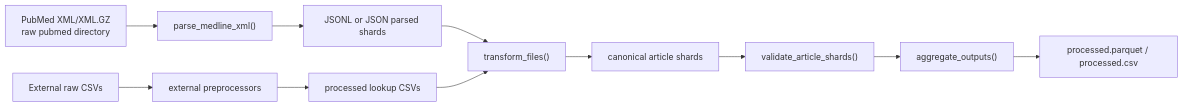
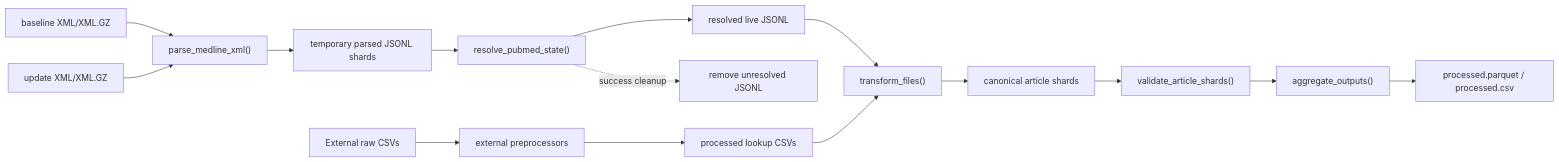
The diagram in docs/concepts/architecture.md (martonaronvarga/pubdelays), drawn with Mermaid before and after one commit. The commit also changed other lines of this file and 32 other files, not shown here.

Commit message:
refactor: enforce PubMed state workflow

````diff
--- a/docs/concepts/architecture.md
+++ b/docs/concepts/architecture.md
@@ -27,13 +28,17 @@
 ```mermaid
 flowchart LR
-  pubmed["PubMed XML/XML.GZ\nraw pubmed directory"] --> parser["parse_medline_xml()"]
-  parser --> parsed["JSONL or JSON parsed shards"]
+  baseline["baseline XML/XML.GZ"] --> parser["parse_medline_xml()"]
+  updates["update XML/XML.GZ"] --> parser
+  parser --> parsed["temporary parsed JSONL shards"]
+  parsed --> resolve["resolve_pubmed_state()"]
+  resolve --> resolved["resolved live JSONL"]
+  resolve -. success cleanup .-> removed["remove unresolved JSONL"]
   ext_raw["External raw CSVs"] --> preprocess["external preprocessors"]
   preprocess --> ext_processed["processed lookup CSVs"]
-  parsed --> transform["transform_files()"]
+  resolved --> transform["transform_files()"]
   ext_processed --> transform
   transform --> article_shards["canonical article shards"]
   article_shards --> validate["validate_article_shards()"]
   validate --> aggregate["aggregate_outputs()"]
   aggregate --> final["processed.parquet / processed.csv"]
 ```
````
